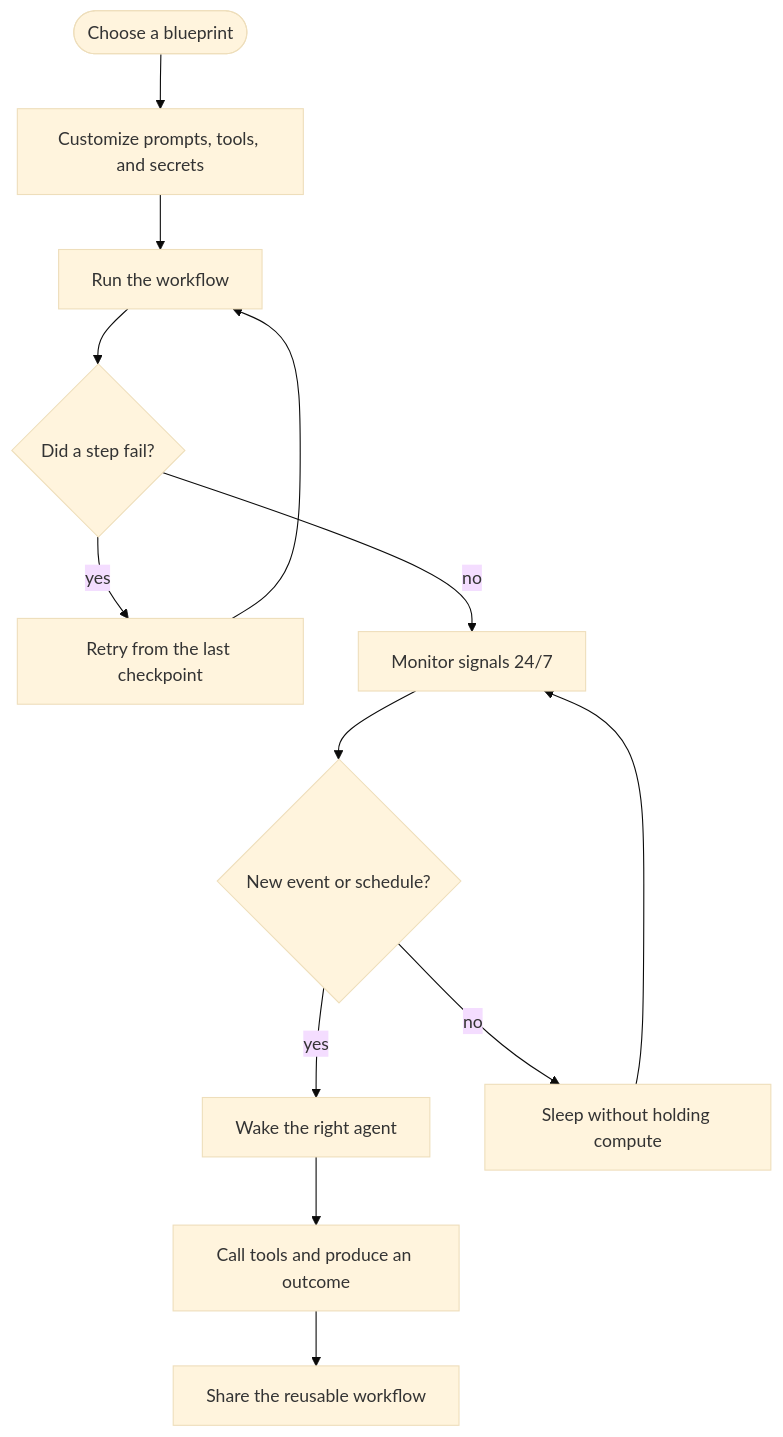
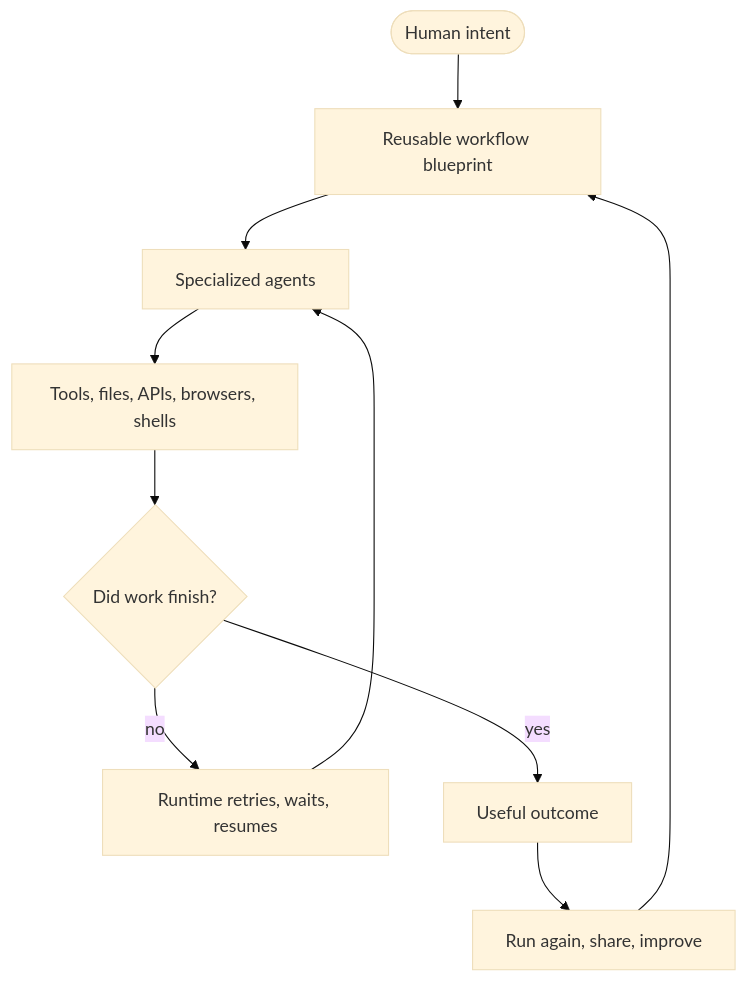
One commit to MirrorNeuronLab/mn-website changed the diagram in src/content/blog/the-future-of-autonomous-devops.mdx. Above: the diagram before and after it, drawn with Mermaid (base theme). The commit also changed other lines of this file and 21 other files, not shown here.

````diff
--- a/src/content/blog/the-future-of-autonomous-devops.mdx
+++ b/src/content/blog/the-future-of-autonomous-devops.mdx
@@ -29,15 +44,12 @@
 ```mermaid
 flowchart TD
-  Start([Choose a blueprint]) --> Customize[Customize prompts, tools, and secrets]
-  Customize --> Run[Run the workflow]
-  Run --> Durable{Did a step fail?}
-  Durable -->|yes| Retry[Retry from the last checkpoint]
-  Retry --> Run
-  Durable -->|no| Monitor[Monitor signals 24/7]
-  Monitor --> Trigger{New event or schedule?}
-  Trigger -->|yes| Wake[Wake the right agent]
-  Wake --> Act[Call tools and produce an outcome]
-  Act --> Share[Share the reusable workflow]
-  Trigger -->|no| Sleep[Sleep without holding compute]
-  Sleep --> Monitor
+  Intent([Human intent]) --> Blueprint[Reusable workflow blueprint]
+  Blueprint --> Agents[Specialized agents]
+  Agents --> Tools[Tools, files, APIs, browsers, shells]
+  Tools --> Durable{Did work finish?}
+  Durable -->|no| Runtime[Runtime retries, waits, resumes]
+  Runtime --> Agents
+  Durable -->|yes| Outcome[Useful outcome]
+  Outcome --> Repeat[Run again, share, improve]
+  Repeat --> Blueprint
 ```
````
